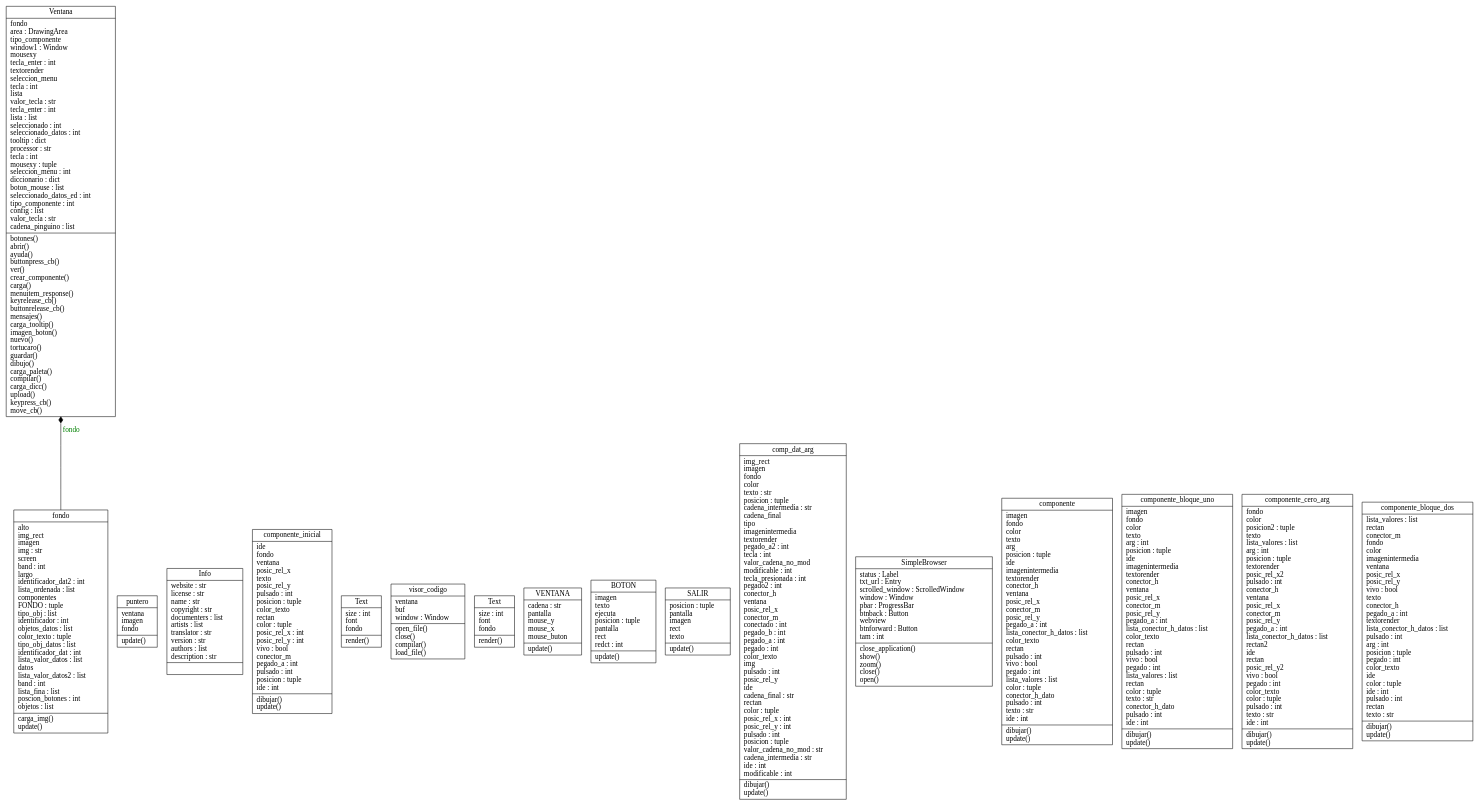
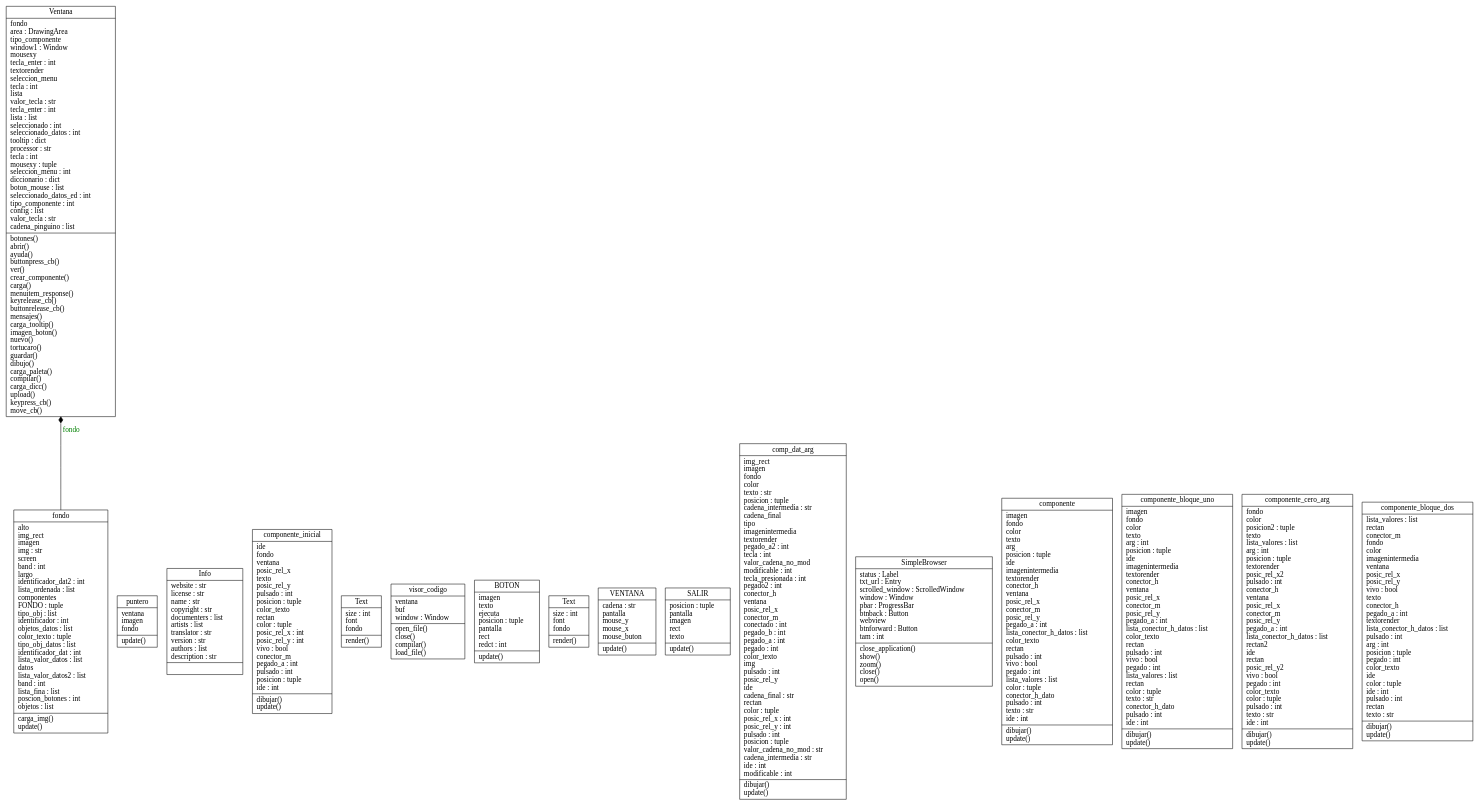
Before and after one commit to valentinbasel/icaro: the diagram in documentos/uml/classes_uml.dot, drawn with Graphviz. The commit also changed 4089 other files, not shown here.

```diff
--- a/documentos/uml/classes_uml.dot
+++ b/documentos/uml/classes_uml.dot
@@ -1,22 +1,22 @@
 digraph "classes_uml" {
 charset="utf-8"
 rankdir=BT
 "4" [shape="record", label="{fondo|alto\limg_rect\limagen\limg : str\lscreen\lband : int\llargo\lidentificador_dat2 : int\llista_ordenada : list\lcomponentes\lFONDO : tuple\ltipo_obj : list\lidentificador : int\lobjetos_datos : list\lcolor_texto : tuple\ltipo_obj_datos : list\lidentificador_dat : int\llista_valor_datos : list\ldatos\llista_valor_datos2 : list\lband : int\llista_fina : list\lposcion_botones : int\lobjetos : list\l|carga_img()\lupdate()\l}"];
 "5" [shape="record", label="{Ventana|fondo\larea : DrawingArea\ltipo_componente\lwindow1 : Window\lmousexy\ltecla_enter : int\ltextorender\lseleccion_menu\ltecla : int\llista\lvalor_tecla : str\ltecla_enter : int\llista : list\lseleccionado : int\lseleccionado_datos : int\ltooltip : dict\lprocessor : str\ltecla : int\lmousexy : tuple\lseleccion_menu : int\ldiccionario : dict\lboton_mouse : list\lseleccionado_datos_ed : int\ltipo_componente : int\lconfig : list\lvalor_tecla : str\lcadena_pinguino : list\l|botones()\labrir()\layuda()\lbuttonpress_cb()\lver()\lcrear_componente()\lcarga()\lmenuitem_response()\lkeyrelease_cb()\lbuttonrelease_cb()\lmensajes()\lcarga_tooltip()\limagen_boton()\lnuevo()\ltortucaro()\lguardar()\ldibujo()\lcarga_paleta()\lcompilar()\lcarga_dicc()\lupload()\lkeypress_cb()\lmove_cb()\l}"];
 "6" [shape="record", label="{puntero|ventana\limagen\lfondo\l|update()\l}"];
 "8" [shape="record", label="{Info|website : str\llicense : str\lname : str\lcopyright : str\ldocumenters : list\lartists : list\ltranslator : str\lversion : str\lauthors : list\ldescription : str\l|}"];
 "11" [shape="record", label="{componente_inicial|ide\lfondo\lventana\lposic_rel_x\ltexto\lposic_rel_y\lpulsado : int\lposicion : tuple\lcolor_texto\lrectan\lcolor : tuple\lposic_rel_x : int\lposic_rel_y : int\lvivo : bool\lconector_m\lpegado_a : int\lpulsado : int\lposicion : tuple\lide : int\l|dibujar()\lupdate()\l}"];
 "13" [shape="record", label="{Text|size : int\lfont\lfondo\l|render()\l}"];
 "15" [shape="record", label="{visor_codigo|ventana\lbuf\lwindow : Window\l|open_file()\lclose()\lcompilar()\lload_file()\l}"];
-"19" [shape="record", label="{Text|size : int\lfont\lfondo\l|render()\l}"];
-"20" [shape="record", label="{VENTANA|cadena : str\lpantalla\lmouse_y\lmouse_x\lmouse_buton\l|update()\l}"];
-"21" [shape="record", label="{BOTON|imagen\ltexto\lejecuta\lposicion : tuple\lpantalla\lrect\lredct : int\l|update()\l}"];
+"19" [shape="record", label="{BOTON|imagen\ltexto\lejecuta\lposicion : tuple\lpantalla\lrect\lredct : int\l|update()\l}"];
+"20" [shape="record", label="{Text|size : int\lfont\lfondo\l|render()\l}"];
+"21" [shape="record", label="{VENTANA|cadena : str\lpantalla\lmouse_y\lmouse_x\lmouse_buton\l|update()\l}"];
 "22" [shape="record", label="{SALIR|posicion : tuple\lpantalla\limagen\lrect\ltexto\l|update()\l}"];
 "27" [shape="record", label="{comp_dat_arg|img_rect\limagen\lfondo\lcolor\ltexto : str\lposicion : tuple\lcadena_intermedia : str\lcadena_final\ltipo\limagenintermedia\ltextorender\lpegado_a2 : int\ltecla : int\lvalor_cadena_no_mod\lmodificable : int\ltecla_presionada : int\lpegado2 : int\lconector_h\lventana\lposic_rel_x\lconector_m\lconectado : int\lpegado_b : int\lpegado_a : int\lpegado : int\lcolor_texto\limg\lpulsado : int\lposic_rel_y\lide\lcadena_final : str\lrectan\lcolor : tuple\lposic_rel_x : int\lposic_rel_y : int\lpulsado : int\lposicion : tuple\lvalor_cadena_no_mod : str\lcadena_intermedia : str\lide : int\lmodificable : int\l|dibujar()\lupdate()\l}"];
 "30" [shape="record", label="{SimpleBrowser|status : Label\ltxt_url : Entry\lscrolled_window : ScrolledWindow\lwindow : Window\lpbar : ProgressBar\lbtnback : Button\lwebview\lbtnforward : Button\ltam : int\l|close_application()\lshow()\lzoom()\lclose()\lopen()\l}"];
 "32" [shape="record", label="{componente|imagen\lfondo\lcolor\ltexto\larg\lposicion : tuple\lide\limagenintermedia\ltextorender\lconector_h\lventana\lposic_rel_x\lconector_m\lposic_rel_y\lpegado_a : int\llista_conector_h_datos : list\lcolor_texto\lrectan\lpulsado : int\lvivo : bool\lpegado : int\llista_valores : list\lcolor : tuple\lconector_h_dato\lpulsado : int\ltexto : str\lide : int\l|dibujar()\lupdate()\l}"];
 "33" [shape="record", label="{componente_bloque_uno|imagen\lfondo\lcolor\ltexto\larg : int\lposicion : tuple\lide\limagenintermedia\ltextorender\lconector_h\lventana\lposic_rel_x\lconector_m\lposic_rel_y\lpegado_a : int\llista_conector_h_datos : list\lcolor_texto\lrectan\lpulsado : int\lvivo : bool\lpegado : int\llista_valores : list\lrectan\lcolor : tuple\ltexto : str\lconector_h_dato\lpulsado : int\lide : int\l|dibujar()\lupdate()\l}"];
 "34" [shape="record", label="{componente_cero_arg|fondo\lcolor\lposicion2 : tuple\ltexto\llista_valores : list\larg : int\lposicion : tuple\ltextorender\lposic_rel_x2\lpulsado : int\lconector_h\lventana\lposic_rel_x\lconector_m\lposic_rel_y\lpegado_a : int\llista_conector_h_datos : list\lrectan2\lide\lrectan\lposic_rel_y2\lvivo : bool\lpegado : int\lcolor_texto\lcolor : tuple\lpulsado : int\ltexto : str\lide : int\l|dibujar()\lupdate()\l}"];
 "35" [shape="record", label="{componente_bloque_dos|lista_valores : list\lrectan\lconector_m\lfondo\lcolor\limagenintermedia\lventana\lposic_rel_x\lposic_rel_y\lvivo : bool\ltexto\lconector_h\lpegado_a : int\ltextorender\llista_conector_h_datos : list\lpulsado : int\larg : int\lposicion : tuple\lpegado : int\lcolor_texto\lide\lcolor : tuple\lide : int\lpulsado : int\lrectan\ltexto : str\l|dibujar()\lupdate()\l}"];
 "4" -> "5" [arrowhead="diamond", style="solid", arrowtail="none", fontcolor="green", label="fondo"];
 }
```
